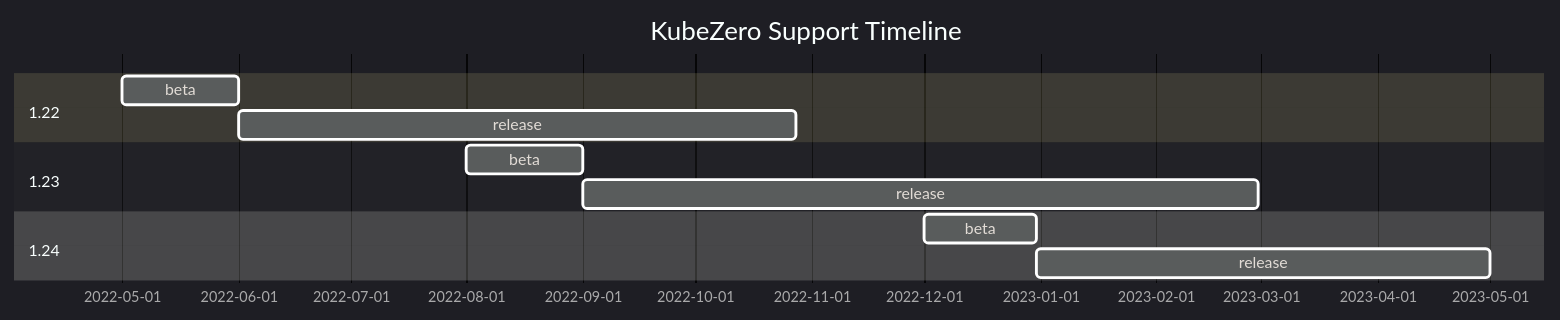
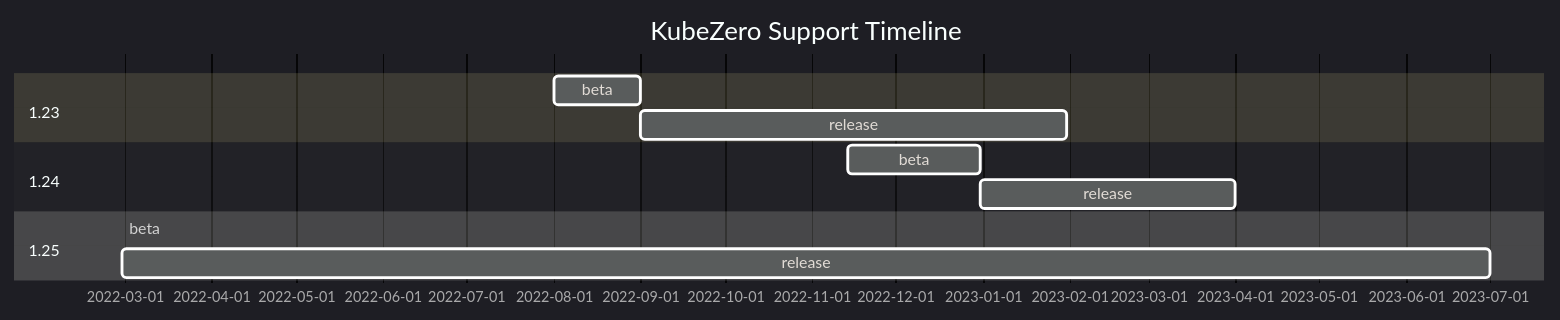
The diagram in README.md (Zero-Down-Time/kubezero), drawn with Mermaid before and after one commit.

Commit message:
chore: Update roadmap

````diff
--- a/README.md
+++ b/README.md
@@ -26,15 +26,15 @@
 ```mermaid
 %%{init: {'theme':'dark'}}%%
 gantt
     title KubeZero Support Timeline
     dateFormat  YYYY-MM-DD
-    section 1.22
-    beta     :122b, 2022-05-01, 2022-06-01
-    release  :after 122b, 2022-10-28
     section 1.23
     beta     :123b, 2022-08-01, 2022-09-01
-    release  :after 123b, 2023-02-28
+    release  :after 123b, 2023-01-31
     section 1.24
-    beta     :124b, 2022-12-01, 2022-12-31
-    release  :after 124b, 2023-05-01
+    beta     :124b, 2022-11-14, 2022-12-31
+    release  :after 124b, 2023-04-01
+    section 1.25
+    beta     :125b, 2023-02-01, 2022-02-28
+    release  :after 125b, 2023-07-01
 ```
````
